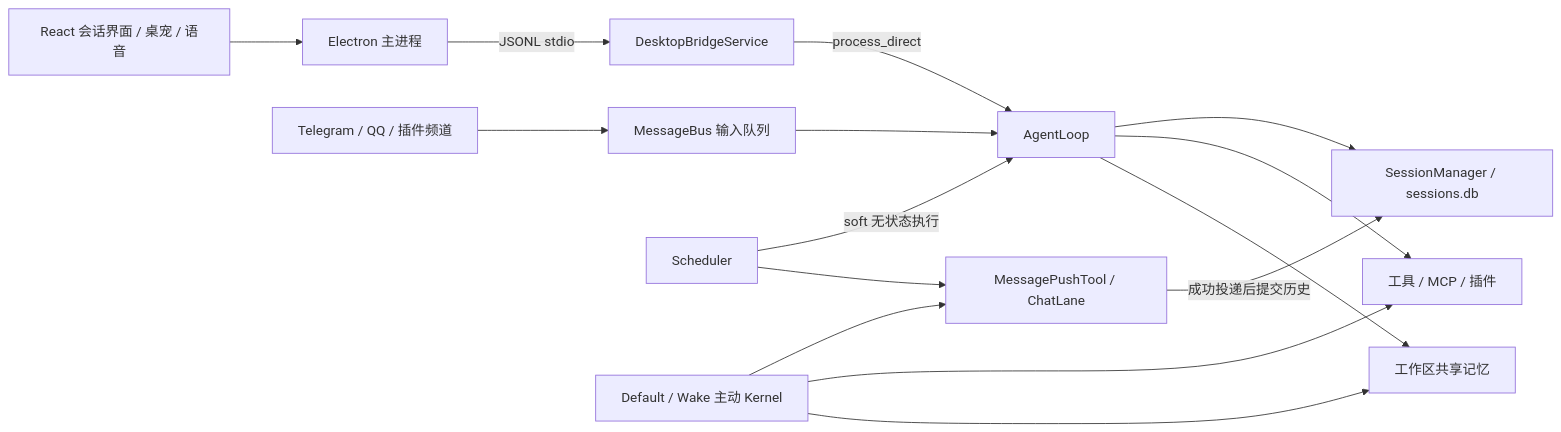
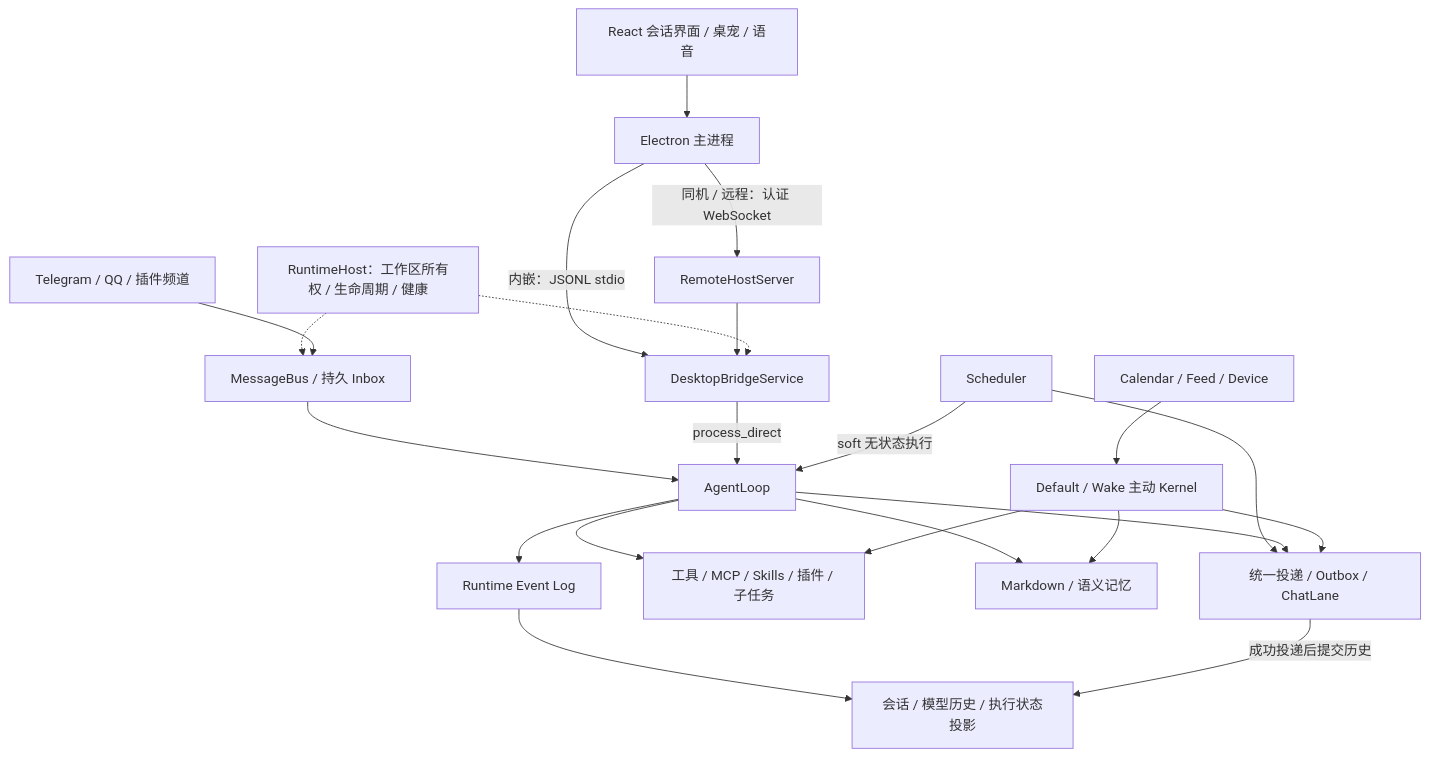
Before and after one commit to jackeyfaker77/kaze-agent: the diagram in README.md, drawn with Mermaid. The commit also changed other lines of this file, not shown here.

Commit message:
docs: refresh README for Personal Agent capabilities

````diff
--- a/README.md
+++ b/README.md
@@ -24,17 +108,24 @@
 ```mermaid
-flowchart LR
+flowchart TB
   UI["React 会话界面 / 桌宠 / 语音"] --> Electron["Electron 主进程"]
-  Electron -->|JSONL stdio| Bridge["DesktopBridgeService"]
-  Channels["Telegram / QQ / 插件频道"] --> Bus["MessageBus 输入队列"]
+  Electron -->|"内嵌：JSONL stdio"| Bridge["DesktopBridgeService"]
+  Electron -->|"同机 / 远程：认证 WebSocket"| Remote["RemoteHostServer"]
+  Remote --> Bridge
+  Host["RuntimeHost：工作区所有权 / 生命周期 / 健康"] -.-> Bridge
+  Host -.-> Bus["MessageBus / 持久 Inbox"]
+  Channels["Telegram / QQ / 插件频道"] --> Bus
   Bus --> Agent["AgentLoop"]
   Bridge -->|process_direct| Agent
-  Agent --> Sessions["SessionManager / sessions.db"]
-  Agent --> Tools["工具 / MCP / 插件"]
-  Agent --> Memory["工作区共享记忆"]
+  Agent --> Journal["Runtime Event Log"]
+  Journal --> Sessions["会话 / 模型历史 / 执行状态投影"]
+  Agent --> Tools["工具 / MCP / Skills / 插件 / 子任务"]
+  Agent --> Memory["Markdown / 语义记忆"]
   Tasks["Scheduler"] -->|soft 无状态执行| Agent
-  Tasks --> Push["MessagePushTool / ChatLane"]
+  Tasks --> Push["统一投递 / Outbox / ChatLane"]
+  Agent --> Push
+  Sources["Calendar / Feed / Device"] --> Proactive
   Proactive["Default / Wake 主动 Kernel"] --> Push
   Proactive --> Tools
   Proactive --> Memory
   Push -->|成功投递后提交历史| Sessions
 ```
````
